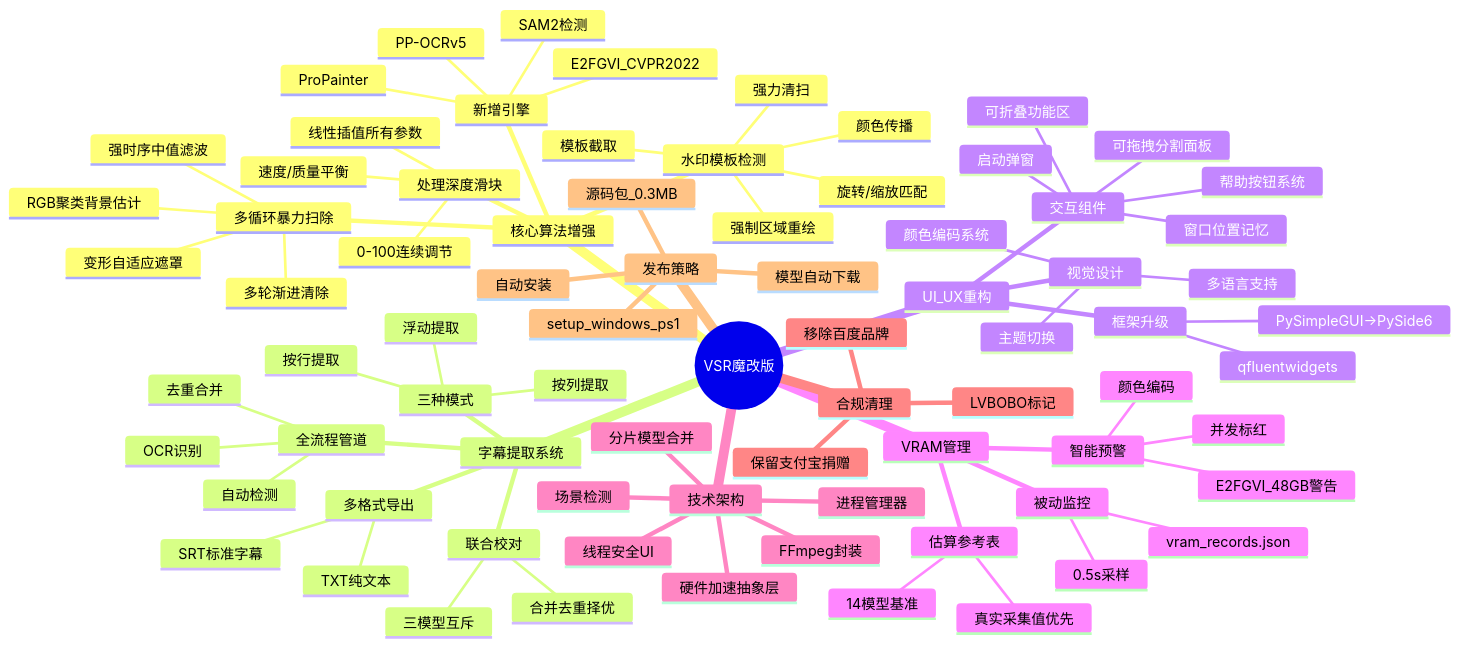
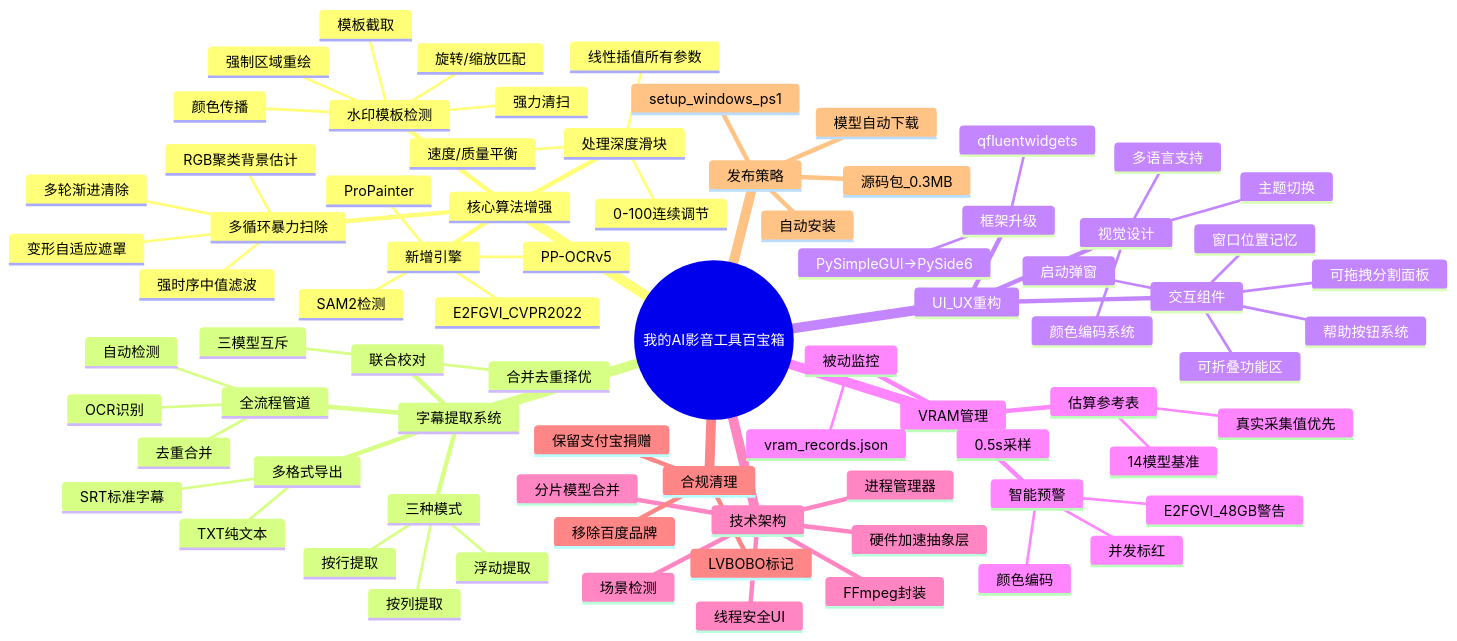
The diagram in docs/DEVELOPMENT_SUMMARY.md (Rambolv/My_Video_Tools), drawn with Mermaid before and after one commit. The commit also changed other lines of this file and 13 other files, not shown here.

````diff
--- a/docs/DEVELOPMENT_SUMMARY.md
+++ b/docs/DEVELOPMENT_SUMMARY.md
@@ -9,81 +9,81 @@
 ```mermaid
 mindmap
-  root((VSR魔改版))
+  root((我的AI影音工具百宝箱))
     核心算法增强
       处理深度滑块
         0-100连续调节
         线性插值所有参数
         速度/质量平衡
       多循环暴力扫除
         变形自适应遮罩
         RGB聚类背景估计
         强时序中值滤波
         多轮渐进清除
       水印模板检测
         模板截取
         旋转/缩放匹配
         颜色传播
         强力清扫
         强制区域重绘
       新增引擎
         ProPainter
         E2FGVI_CVPR2022
         SAM2检测
         PP-OCRv5
     字幕提取系统
       全流程管道
         自动检测
         OCR识别
         去重合并
       三种模式
         按行提取
         按列提取
         浮动提取
       联合校对
         三模型互斥
         合并去重择优
       多格式导出
         TXT纯文本
         SRT标准字幕
     UI_UX重构
       框架升级
         PySimpleGUI→PySide6
         qfluentwidgets
       交互组件
         可拖拽分割面板
         可折叠功能区
         帮助按钮系统
         启动弹窗
         窗口位置记忆
       视觉设计
         主题切换
         多语言支持
         颜色编码系统
     VRAM管理
       被动监控
         0.5s采样
         vram_records.json
       估算参考表
         14模型基准
         真实采集值优先
       智能预警
         并发标红
         E2FGVI_48GB警告
         颜色编码
     技术架构
       场景检测
       硬件加速抽象层
       FFmpeg封装
       进程管理器
       线程安全UI
       分片模型合并
     合规清理
       移除百度品牌
       保留支付宝捐赠
       LVBOBO标记
     发布策略
       源码包_0.3MB
       setup_windows_ps1
       自动安装
       模型自动下载
 ```
````
